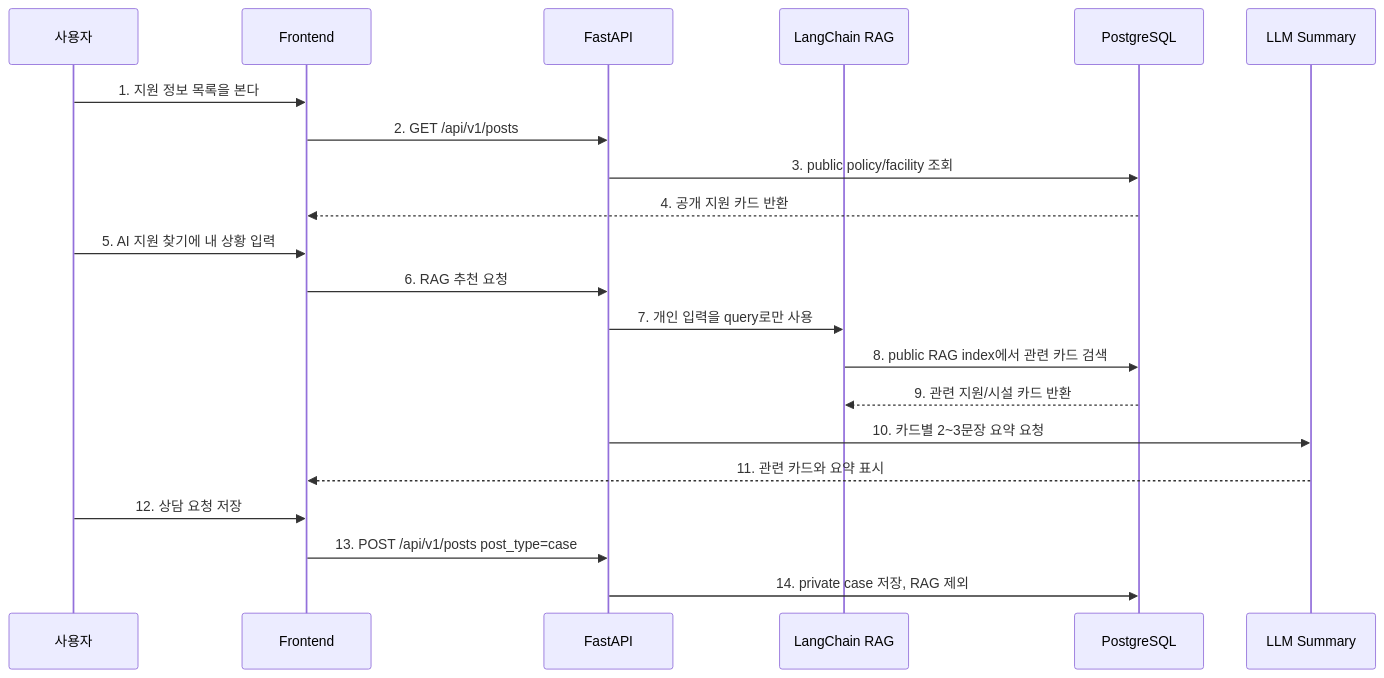
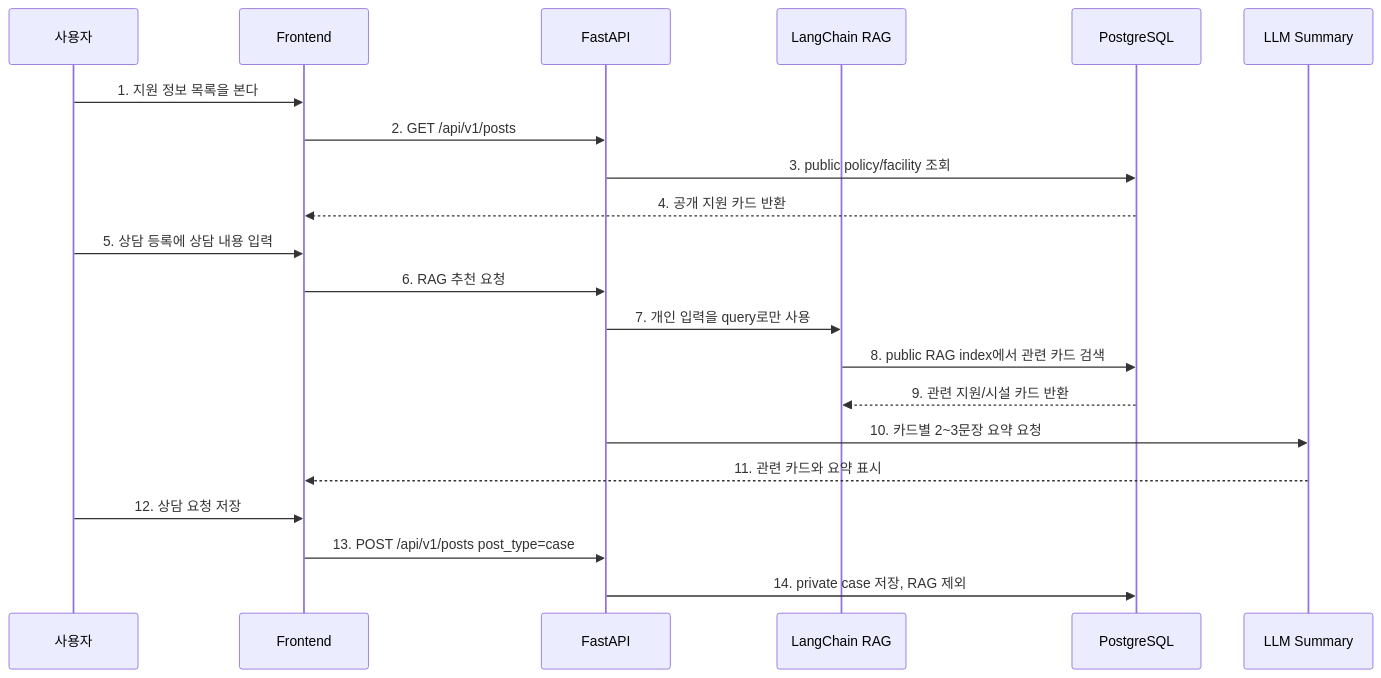
The third of 4 diagrams in docs3/pivot-3/mvp-direction-and-data-plan.md (JUNGLE-TEAM1/W16_team_sprint), drawn with Mermaid before and after one commit. The commit also changed other lines of this file and 3 other files, not shown here.

````diff
--- a/docs3/pivot-3/mvp-direction-and-data-plan.md
+++ b/docs3/pivot-3/mvp-direction-and-data-plan.md
@@ -108,24 +110,24 @@
 ```mermaid
 sequenceDiagram
     participant User as 사용자
     participant UI as Frontend
     participant API as FastAPI
     participant RAG as LangChain RAG
     participant DB as PostgreSQL
     participant LLM as LLM Summary
 
     User->>UI: 1. 지원 정보 목록을 본다
     UI->>API: 2. GET /api/v1/posts
     API->>DB: 3. public policy/facility 조회
     DB-->>UI: 4. 공개 지원 카드 반환
-    User->>UI: 5. AI 지원 찾기에 내 상황 입력
+    User->>UI: 5. 상담 등록에 상담 내용 입력
     UI->>API: 6. RAG 추천 요청
     API->>RAG: 7. 개인 입력을 query로만 사용
     RAG->>DB: 8. public RAG index에서 관련 카드 검색
     DB-->>RAG: 9. 관련 지원/시설 카드 반환
     API->>LLM: 10. 카드별 2~3문장 요약 요청
     LLM-->>UI: 11. 관련 카드와 요약 표시
     User->>UI: 12. 상담 요청 저장
     UI->>API: 13. POST /api/v1/posts post_type=case
     API->>DB: 14. private case 저장, RAG 제외
 ```
````
